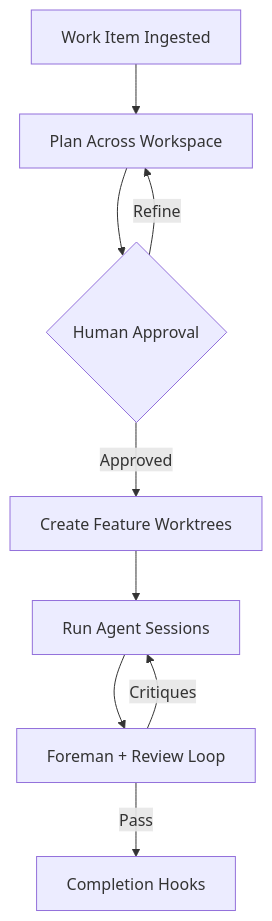
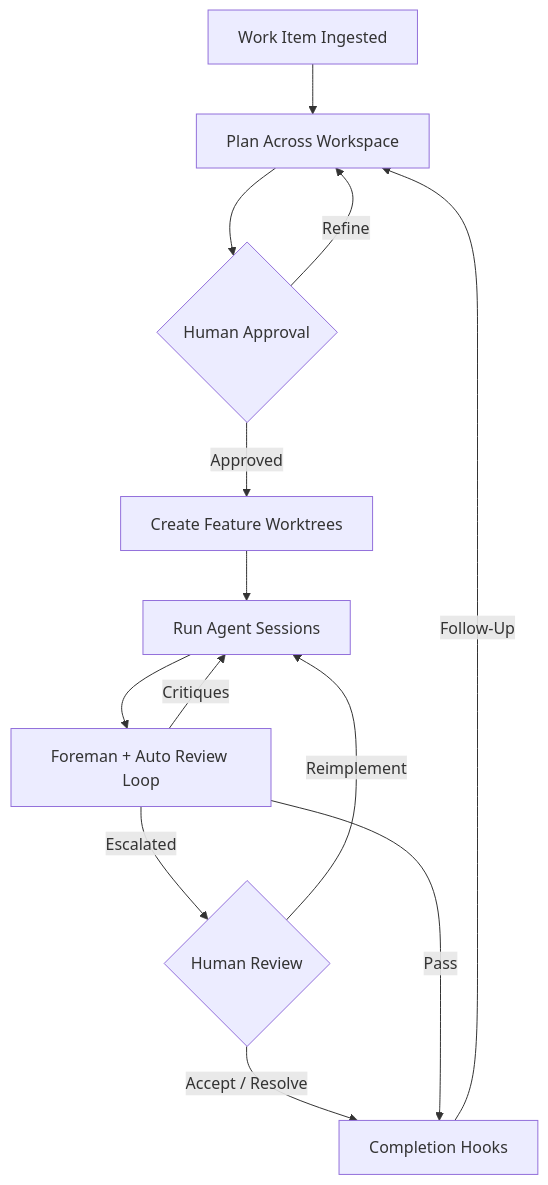
The diagram in docs/00-overview.md (beeemT/substrate), drawn with Mermaid before and after one commit. The commit also changed other lines of this file and 7 other files, not shown here.

First line of the commit message:
docs: integrate steering/follow-up and review pipeline into canonical docs

````diff
--- a/docs/00-overview.md
+++ b/docs/00-overview.md
@@ -17,11 +18,15 @@
 ```mermaid
 flowchart TD
     A[Work Item Ingested] --> B[Plan Across Workspace]
     B --> C{Human Approval}
     C -- Refine --> B
     C -- Approved --> D[Create Feature Worktrees]
     D --> E[Run Agent Sessions]
-    E --> F[Foreman + Review Loop]
+    E --> F[Foreman + Auto Review Loop]
     F -- Critiques --> E
+    F -- Escalated --> H{Human Review}
+    H -- Accept / Resolve --> G
+    H -- Reimplement --> E
     F -- Pass --> G[Completion Hooks]
+    G -- Follow-Up --> B
 ```
````
